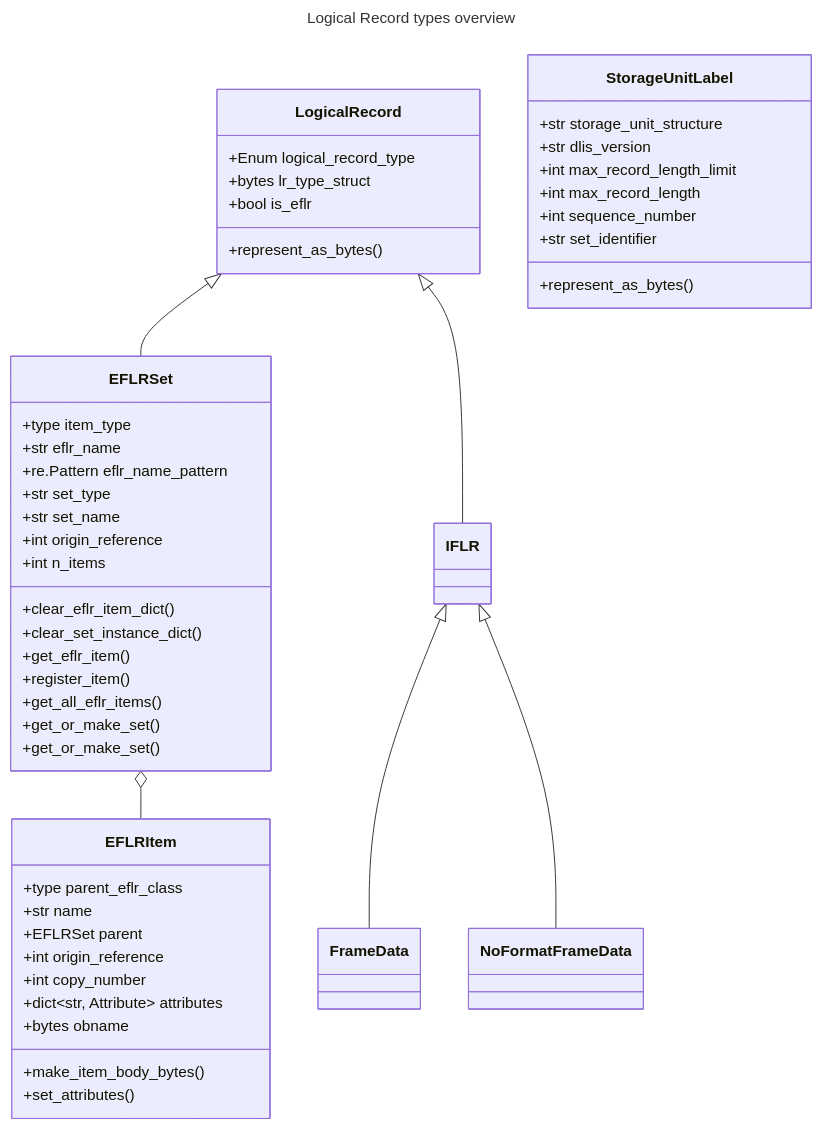
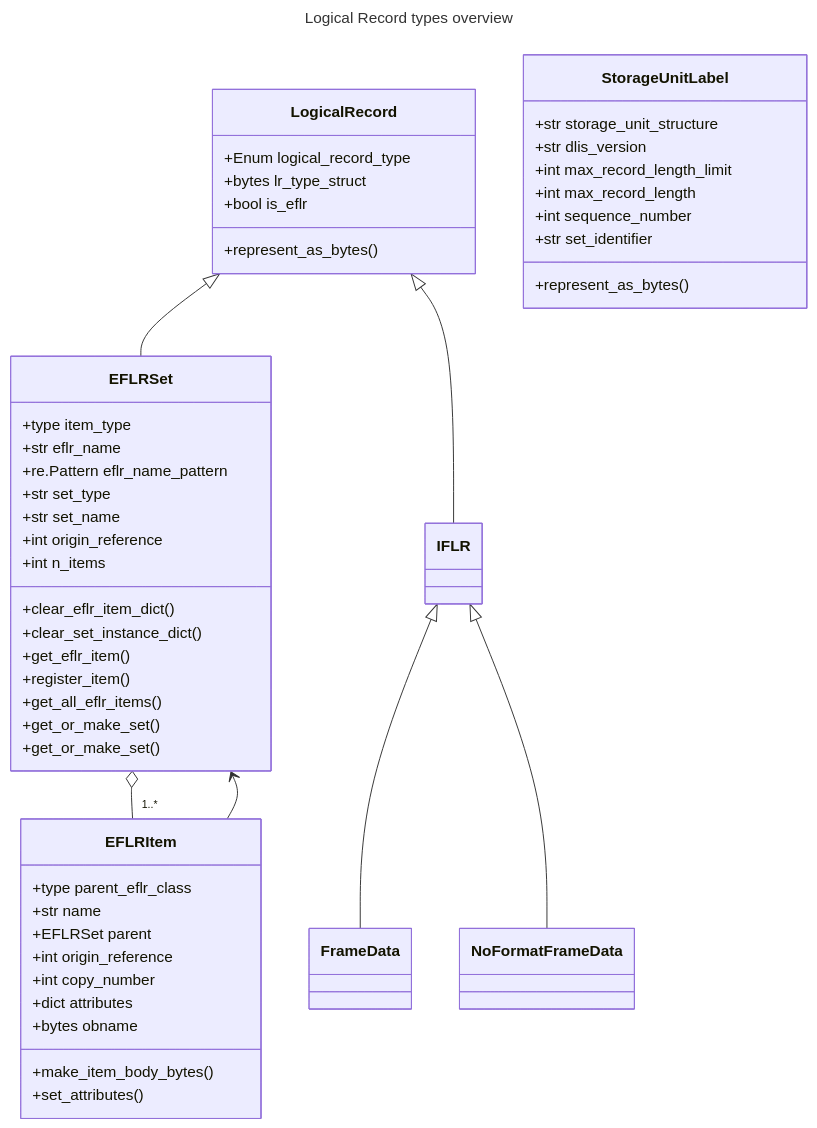
The first of 6 diagrams in README.md (well-id/dliswriter), drawn with Mermaid before and after one commit.

Commit message:
[README] Diagram fix (github display issue)

````diff
--- a/README.md
+++ b/README.md
@@ -221,65 +221,66 @@
 ```mermaid
 ---
 title: Logical Record types overview
 ---
 classDiagram
     LogicalRecord <|-- EFLRSet 
     LogicalRecord <|-- IFLR
 
     
     IFLR <|-- FrameData
     IFLR <|-- NoFormatFrameData
     
-    EFLRSet o-- EFLRItem
+    EFLRSet o-- "1..*" EFLRItem
+    EFLRItem --> EFLRSet
     
     class LogicalRecord{
         +Enum logical_record_type
         +bytes lr_type_struct
         +bool is_eflr
         
         +represent_as_bytes()
     }
     
     class EFLRSet{
         +type item_type
         +str eflr_name
         +re.Pattern eflr_name_pattern
         +str set_type
         +str set_name
         +int origin_reference
         +int n_items
         
         +clear_eflr_item_dict()
         +clear_set_instance_dict()
         +get_eflr_item()
         +register_item()
         +get_all_eflr_items()
         +get_or_make_set()
         +get_or_make_set()
         
     }
     
     class EFLRItem{ 
         +type parent_eflr_class
         +str name
         +EFLRSet parent
         +int origin_reference
         +int copy_number
-        +dict~str, Attribute~ attributes
+        +dict attributes
         +bytes obname
         
         +make_item_body_bytes()
         +set_attributes()
     }
     
     class StorageUnitLabel{
         +str storage_unit_structure
         +str dlis_version
         +int max_record_length_limit
         +int max_record_length
         +int sequence_number
         +str set_identifier
         
         +represent_as_bytes()
     }
 ```
````
